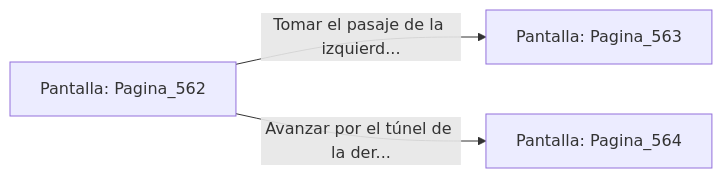
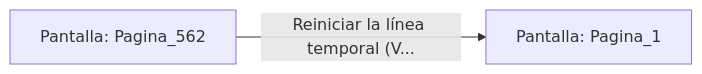
The diagram in sample/eligejuego-vault/Pantalla_Pagina_562.md (metsuke/mpl), drawn with Mermaid before and after one commit. The commit also changed other lines of this file and 635 other files, not shown here.

First line of the commit message:
fix: añadir Pagina_1 como pantalla inicial en capitulo_01.mpl

````diff
--- a/sample/eligejuego-vault/Pantalla_Pagina_562.md
+++ b/sample/eligejuego-vault/Pantalla_Pagina_562.md
@@ -20,6 +17,5 @@
 ```mermaid
 graph LR
     P_Pagina_562["Pantalla: Pagina_562"]
-    P_Pagina_562 -->|"Tomar el pasaje de la izquierd..."| P_Pagina_563["Pantalla: Pagina_563"]
-    P_Pagina_562 -->|"Avanzar por el túnel de la der..."| P_Pagina_564["Pantalla: Pagina_564"]
+    P_Pagina_562 -->|"Reiniciar la línea temporal (V..."| P_Pagina_1["Pantalla: Pagina_1"]
 ```
````
